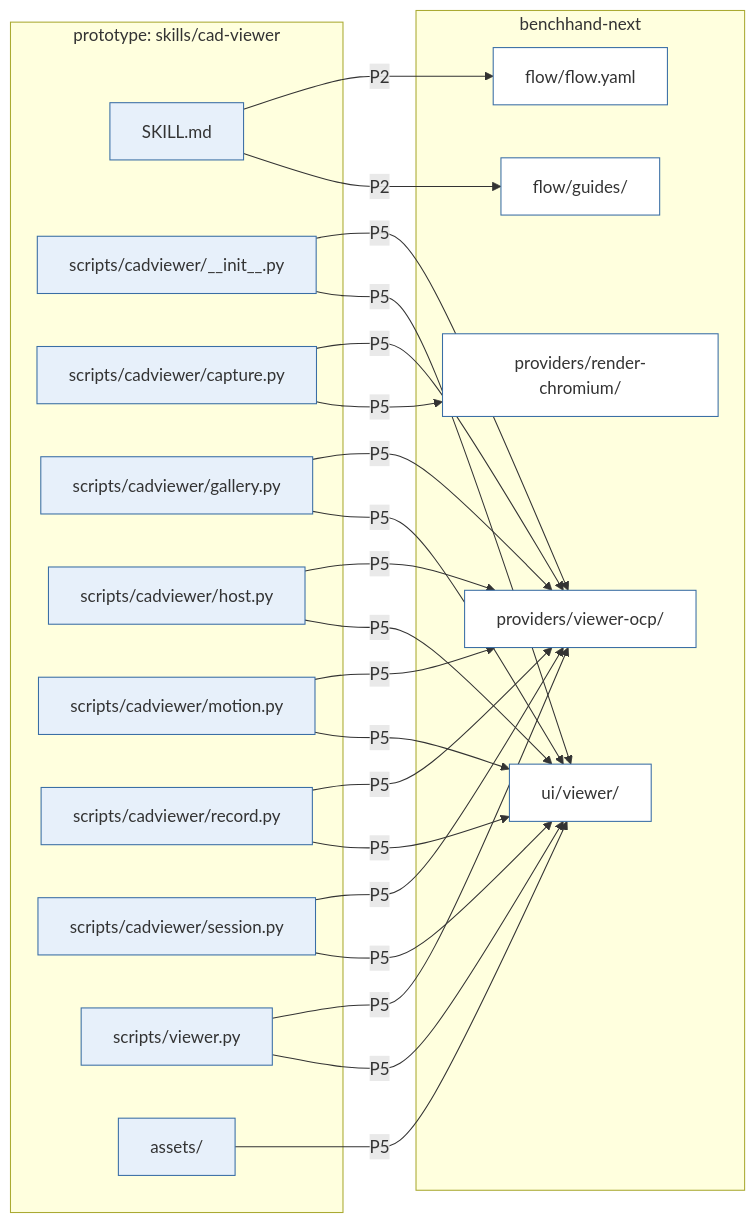
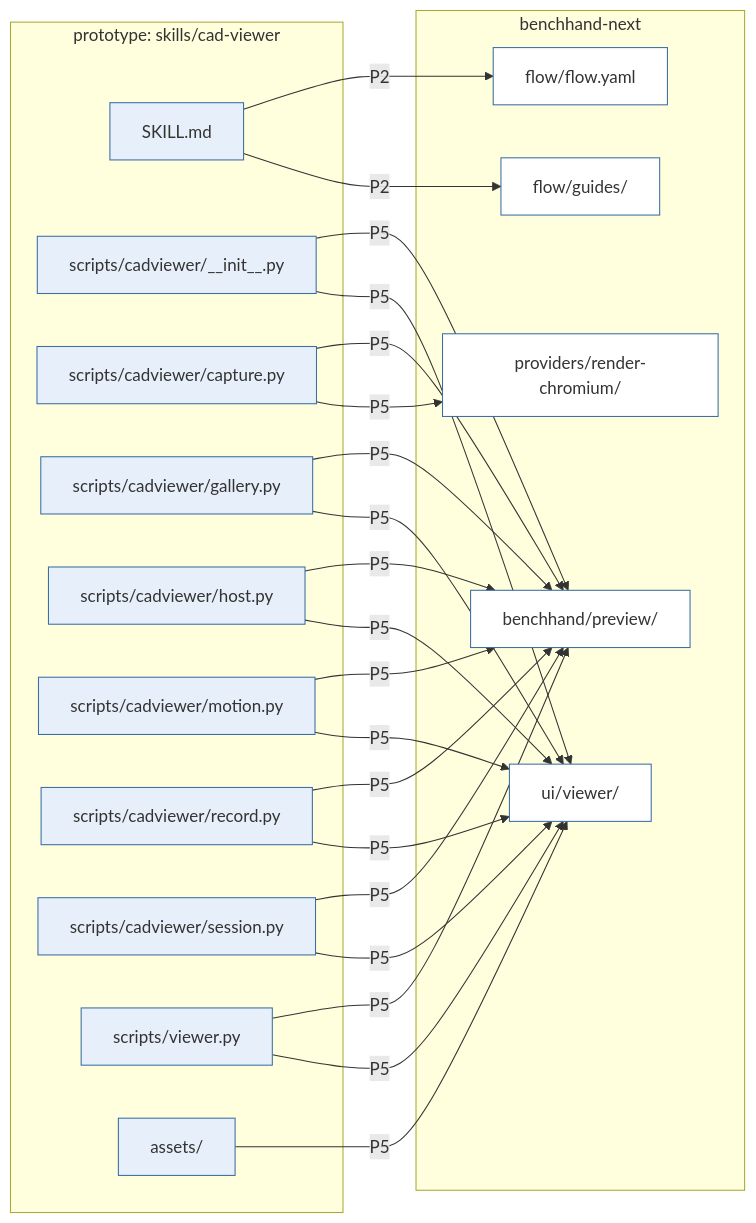
Before and after one commit to benchhand/benchhand-next: diagram 15 of 17 in docs/architecture/function-map.md, drawn with Mermaid. The commit also changed other lines of this file and 6 other files, not shown here.

First line of the commit message:
Plan: the CAD-libraries decisions; viewer-ocp leaves the plan

````diff
--- a/docs/architecture/function-map.md
+++ b/docs/architecture/function-map.md
@@ -1067,62 +1065,62 @@
 ```mermaid
 flowchart LR
     subgraph prototype["prototype: skills/cad-viewer"]
         p0["SKILL.md"]
         p1["scripts/cadviewer/__init__.py"]
         p2["scripts/cadviewer/capture.py"]
         p3["scripts/cadviewer/gallery.py"]
         p4["scripts/cadviewer/host.py"]
         p5["scripts/cadviewer/motion.py"]
         p6["scripts/cadviewer/record.py"]
         p7["scripts/cadviewer/session.py"]
         p8["scripts/viewer.py"]
         p9["assets/"]
     end
     subgraph next["benchhand-next"]
         h0["flow/flow.yaml"]
         h1["flow/guides/"]
-        h2["providers/viewer-ocp/"]
+        h2["benchhand/preview/"]
         h3["ui/viewer/"]
         h4["providers/render-chromium/"]
     end
     p0 -->|"P2"| h0
     p0 -->|"P2"| h1
     p1 -->|"P5"| h2
     p1 -->|"P5"| h3
     p2 -->|"P5"| h2
     p2 -->|"P5"| h4
     p3 -->|"P5"| h2
     p3 -->|"P5"| h3
     p4 -->|"P5"| h2
     p4 -->|"P5"| h3
     p5 -->|"P5"| h2
     p5 -->|"P5"| h3
     p6 -->|"P5"| h2
     p6 -->|"P5"| h3
     p7 -->|"P5"| h2
     p7 -->|"P5"| h3
     p8 -->|"P5"| h2
     p8 -->|"P5"| h3
     p9 -->|"P5"| h3
     class p0 planned
     class p1 planned
     class p2 planned
     class p3 planned
     class p4 planned
     class p5 planned
     class p6 planned
     class p7 planned
     class p8 planned
     class p9 planned
     class h0 home
     class h1 home
     class h2 home
     class h3 home
     class h4 home
     classDef ported fill:#d8f3dc,stroke:#2d6a4f
     classDef partial fill:#f1faf3,stroke:#2d6a4f,stroke-width:2px,stroke-dasharray: 6 3
     classDef inprogress fill:#fff3bf,stroke:#b08900
     classDef planned fill:#e7f0fa,stroke:#3a6ea5
     classDef dropped fill:#eeeeee,stroke:#888888,stroke-dasharray: 4 3,color:#666666
     classDef home fill:#ffffff,stroke:#3a6ea5
 ```
````
